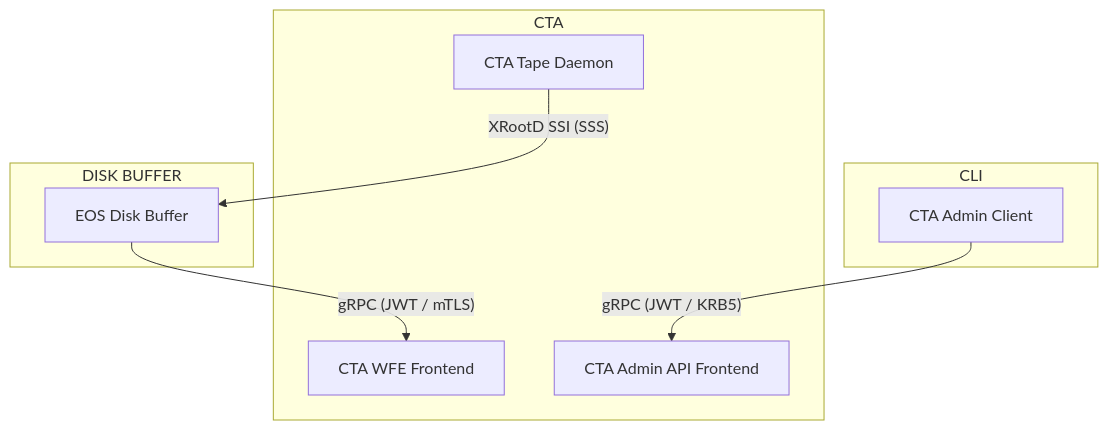
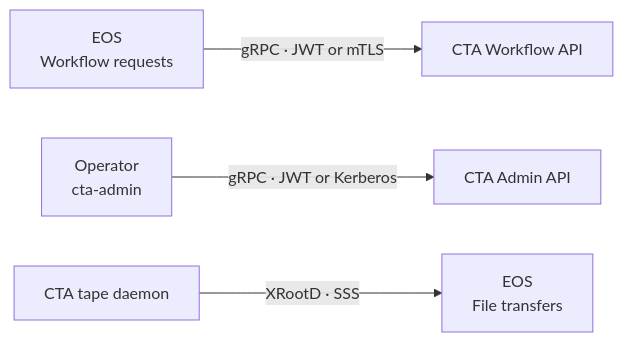
Before and after one commit to cern-cta/CTA: the diagram in docs/content/concepts/components/authentication.md, drawn with Mermaid. The commit also changed other lines of this file and 14 other files, not shown here.

````diff
--- a/docs/content/concepts/components/authentication.md
+++ b/docs/content/concepts/components/authentication.md
@@ -29,18 +29,13 @@
 ```mermaid
-flowchart TB
-    subgraph DISK BUFFER
-        disk["EOS Disk Buffer"]
-    end
-    subgraph CLI
-        ctacli["CTA Admin Client"]
-    end
-    subgraph CTA
-        wfe-frontend["CTA WFE Frontend"]
-        admin-frontend["CTA Admin API Frontend"]
-        taped["CTA Tape Daemon"]
-    end
+flowchart LR
+    eosWorkflow["EOS<br/>Workflow requests"]
+    workflow["CTA Workflow API"]
+    adminClient["Operator<br/>cta-admin"]
+    admin["CTA Admin API"]
+    taped["CTA tape daemon"]
+    eosData["EOS<br/>File transfers"]
 
-    disk -- gRPC (JWT / mTLS) --> wfe-frontend
-    taped -- XRootD SSI (SSS) --> disk
-    ctacli -- gRPC (JWT / KRB5) --> admin-frontend
+    eosWorkflow -->|"gRPC · JWT or mTLS"| workflow
+    adminClient -->|"gRPC · JWT or Kerberos"| admin
+    taped -->|"XRootD · SSS"| eosData
 ```
````
